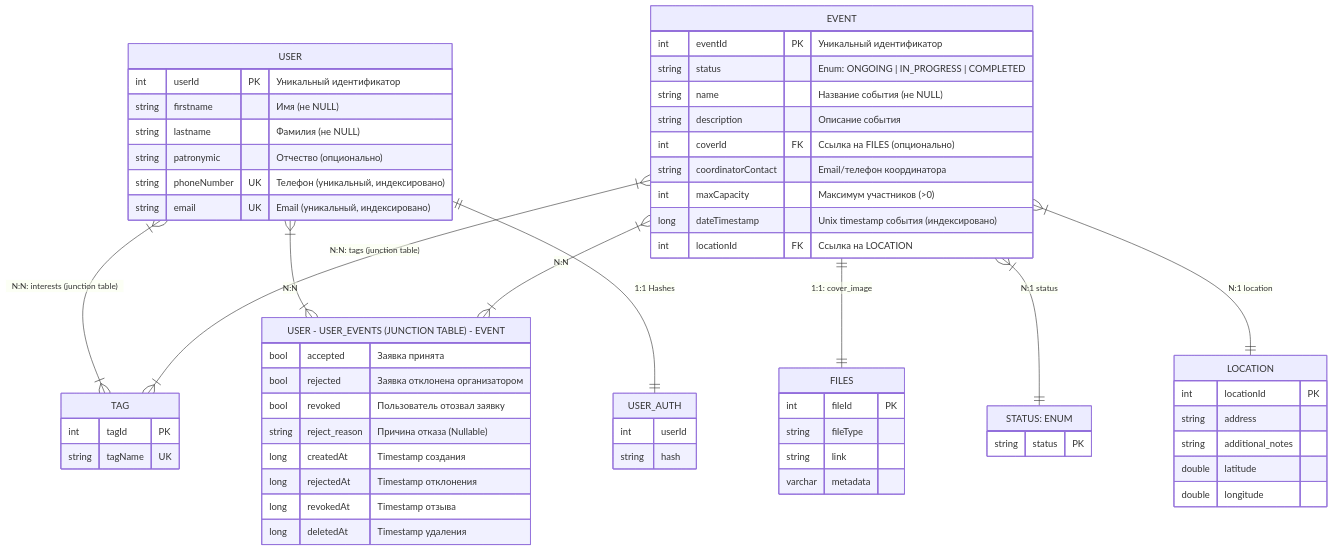
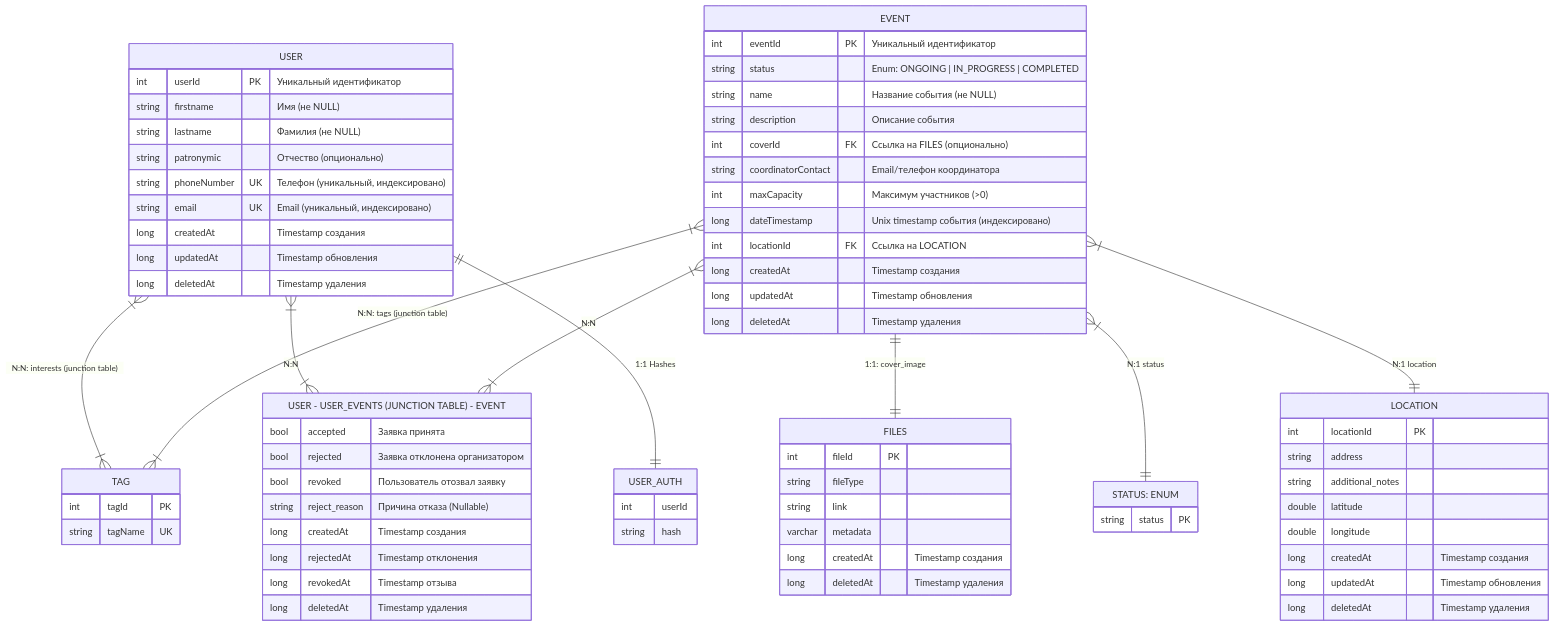
One commit to ADT-VOLUNTEERS-CASE/.github changed the third of 3 diagrams in documentation/architecture/erd.md. Above: the diagram before and after it, drawn with Mermaid. The commit also changed other lines of this file, not shown here.

```diff
--- a/documentation/architecture/erd.md
+++ b/documentation/architecture/erd.md
@@ -131,6 +137,10 @@
       string patronymic "Отчество (опционально)"
       string phoneNumber UK "Телефон (уникальный, индексировано)"
       string email UK "Email (уникальный, индексировано)"
+
+      long createdAt "Timestamp создания"
+      long updatedAt "Timestamp обновления"
+      long deletedAt "Timestamp удаления"
    }
    
    EVENT {
@@ -143,6 +153,10 @@
       int maxCapacity "Максимум участников (>0)"
       long dateTimestamp "Unix timestamp события (индексировано)"
       int locationId FK "Ссылка на LOCATION"
+
+      long createdAt "Timestamp создания"
+      long updatedAt "Timestamp обновления"
+      long deletedAt "Timestamp удаления"
    }
 
    TAG {
@@ -155,6 +169,9 @@
       string fileType
       string link
       varchar metadata
+
+      long createdAt "Timestamp создания"
+      long deletedAt "Timestamp удаления"
    }
 
    LOCATION {
@@ -163,6 +180,10 @@
       string additional_notes
       double latitude
       double longitude
+      
+      long createdAt "Timestamp создания"
+      long updatedAt "Timestamp обновления"
+      long deletedAt "Timestamp удаления"
    }
 
    STATUS["STATUS: ENUM"] {
```
